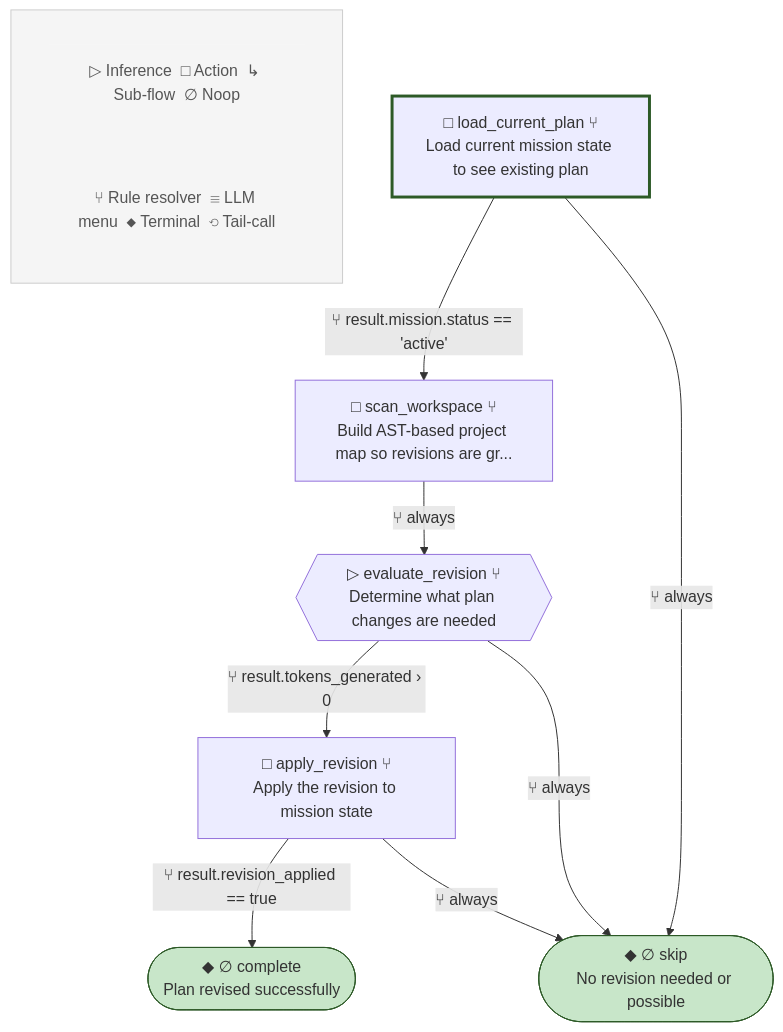
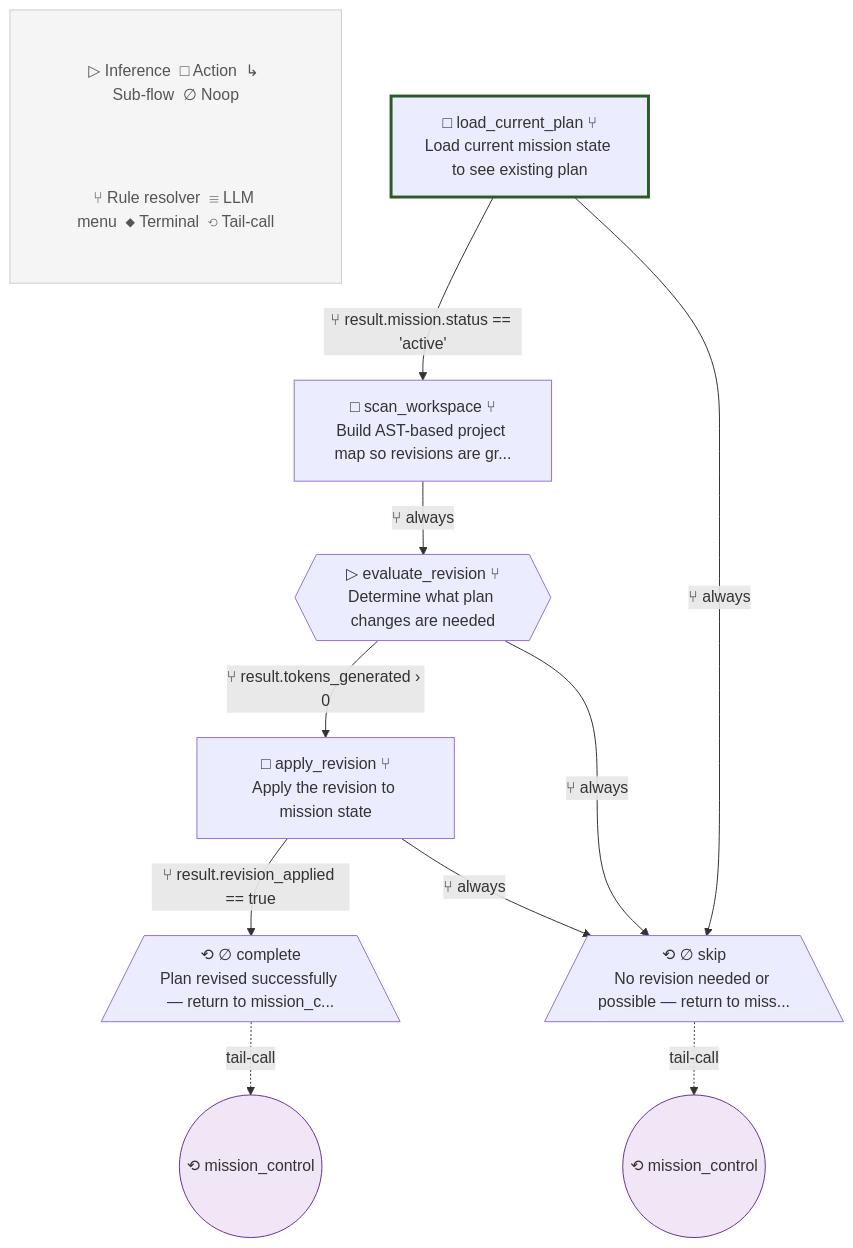
Diagram 24 of 31 in blueprint.md (lah-rb/ouroboros), drawn with Mermaid before and after one commit. The commit also changed other lines of this file and 32 other files, not shown here.

````diff
--- a/blueprint.md
+++ b/blueprint.md
@@ -1769,32 +1602,36 @@
 ```mermaid
 flowchart TD
     %% revise_plan v1
 
     subgraph Legend[" "]
         L1["▷ Inference  □ Action  ↳ Sub-flow  ∅ Noop"]
         L2["⑂ Rule resolver  ☰ LLM menu  ◆ Terminal  ⟲ Tail-call"]
     end
     style Legend fill:#f5f5f5,stroke:#ccc,stroke-width:1px
     style L1 fill:#f5f5f5,stroke:none,color:#555
     style L2 fill:#f5f5f5,stroke:none,color:#555
 
     load_current_plan["□ load_current_plan ⑂\nLoad current mission state to see existing plan"]
     scan_workspace["□ scan_workspace ⑂\nBuild AST-based project map so revisions are gr..."]
     evaluate_revision{{"▷ evaluate_revision ⑂\nDetermine what plan changes are needed"}}
     apply_revision["□ apply_revision ⑂\nApply the revision to mission state"]
-    skip(["◆ ∅ skip\nNo revision needed or possible"])
-    complete(["◆ ∅ complete\nPlan revised successfully"])
+    skip[/"⟲ ∅ skip\nNo revision needed or possible — return to miss..."\]
+    complete[/"⟲ ∅ complete\nPlan revised successfully — return to mission_c..."\]
 
     style load_current_plan stroke-width:3px,stroke:#2d5a27
 
     load_current_plan -->|⑂ result.mission.status == 'active'| scan_workspace
     load_current_plan -->|⑂ always| skip
     scan_workspace -->|⑂ always| evaluate_revision
     evaluate_revision -->|⑂ result.tokens_generated › 0| apply_revision
     evaluate_revision -->|⑂ always| skip
     apply_revision -->|⑂ result.revision_applied == true| complete
     apply_revision -->|⑂ always| skip
+    tc_skip(("⟲ mission_control"))
+    style tc_skip fill:#f0e6f6,stroke:#663399
+    skip -.->|tail-call| tc_skip
+    tc_complete(("⟲ mission_control"))
+    style tc_complete fill:#f0e6f6,stroke:#663399
+    complete -.->|tail-call| tc_complete
 
-    style skip fill:#c8e6c9,stroke:#2d5a27
-    style complete fill:#c8e6c9,stroke:#2d5a27
 ```
````
